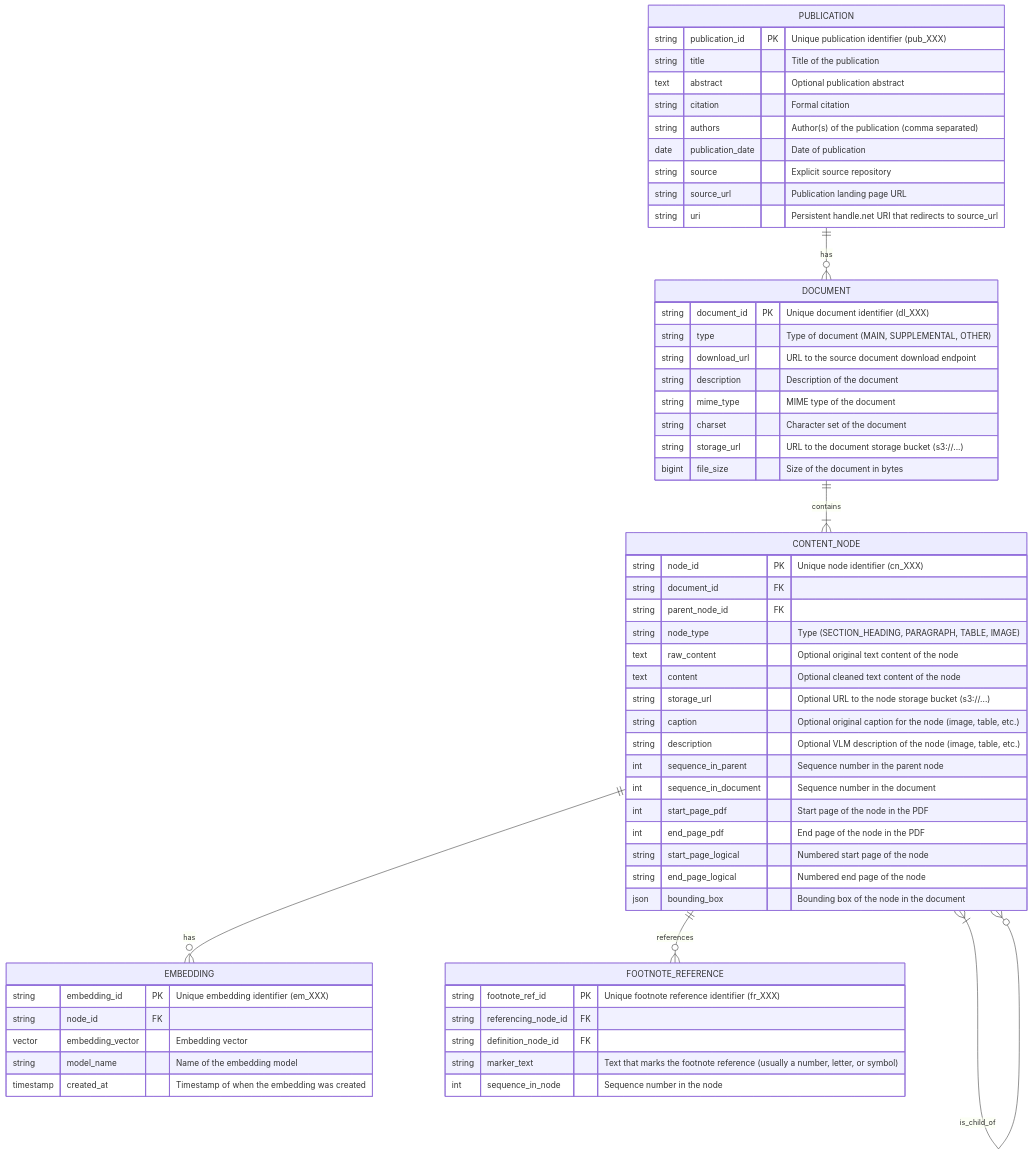
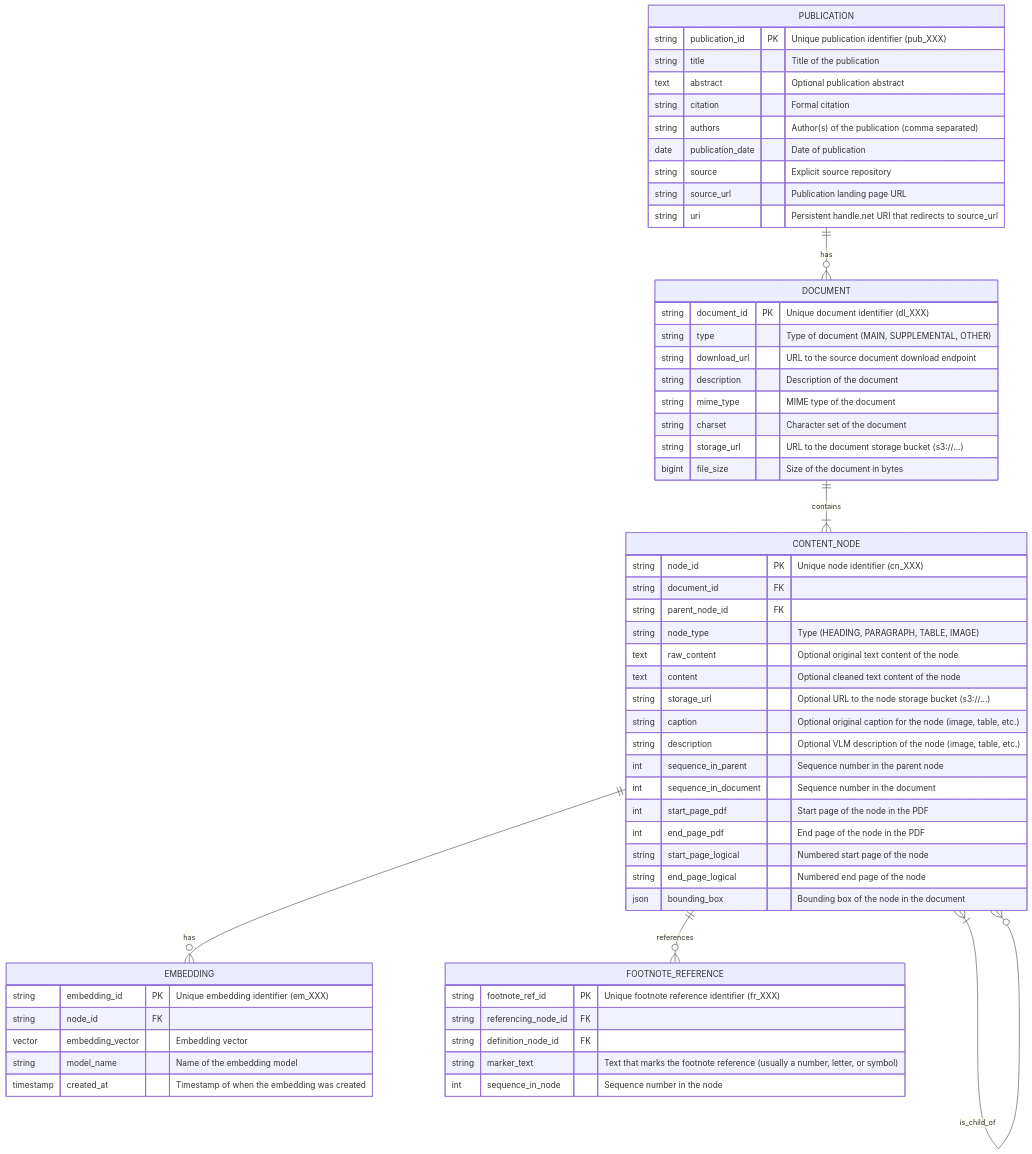
One commit to Teal-Insights/ccdr-extraction-workflow changed the diagram in extract/8_db_schema_design.md. Above: the diagram before and after it, drawn with Mermaid. The commit also changed 11 other files, not shown here.

````diff
--- a/extract/8_db_schema_design.md
+++ b/extract/8_db_schema_design.md
@@ -3,72 +3,72 @@
 ```mermaid
 erDiagram
     %% Relationship lines
     PUBLICATION ||--o{ DOCUMENT : has
     DOCUMENT ||--|{ CONTENT_NODE : contains
     CONTENT_NODE }|--o{ CONTENT_NODE : is_child_of
     CONTENT_NODE ||--o{ EMBEDDING : has
     CONTENT_NODE ||--o{ FOOTNOTE_REFERENCE : references
     
     %% Entity: PUBLICATION
     PUBLICATION {
         string publication_id PK "Unique publication identifier (pub_XXX)"
         string title "Title of the publication"
         text abstract "Optional publication abstract"
         string citation "Formal citation"
         string authors "Author(s) of the publication (comma separated)"
         date publication_date "Date of publication"
         string source "Explicit source repository"
         string source_url "Publication landing page URL"
         string uri "Persistent handle.net URI that redirects to source_url"
     }
 
     %% ENTITY: DOCUMENT
     DOCUMENT {
         string document_id PK "Unique document identifier (dl_XXX)"
         string type "Type of document (MAIN, SUPPLEMENTAL, OTHER)"
         string download_url "URL to the source document download endpoint"
         string description "Description of the document"
         string mime_type "MIME type of the document"
         string charset "Character set of the document"
         string storage_url "URL to the document storage bucket (s3://...)"
         bigint file_size "Size of the document in bytes"
     }
 
     %% ENTITY: CONTENT_NODE
     CONTENT_NODE {
         string node_id PK "Unique node identifier (cn_XXX)"
         string document_id FK
         string parent_node_id FK
-        string node_type "Type (SECTION_HEADING, PARAGRAPH, TABLE, IMAGE)"
+        string node_type "Type (HEADING, PARAGRAPH, TABLE, IMAGE)"
         text raw_content "Optional original text content of the node"
         text content "Optional cleaned text content of the node"
         string storage_url "Optional URL to the node storage bucket (s3://...)"
         string caption "Optional original caption for the node (image, table, etc.)"
         string description "Optional VLM description of the node (image, table, etc.)"
         int sequence_in_parent "Sequence number in the parent node"
         int sequence_in_document "Sequence number in the document"
         int start_page_pdf "Start page of the node in the PDF"
         int end_page_pdf "End page of the node in the PDF"
         string start_page_logical "Numbered start page of the node"
         string end_page_logical "Numbered end page of the node"
         json bounding_box "Bounding box of the node in the document"
     }
 
     %% ENTITY: EMBEDDING
     EMBEDDING {
         string embedding_id PK "Unique embedding identifier (em_XXX)"
         string node_id FK
         vector embedding_vector "Embedding vector"
         string model_name "Name of the embedding model"
         timestamp created_at "Timestamp of when the embedding was created"
     }
 
     %% ENTITY: FOOTNOTE_REFERENCE
     FOOTNOTE_REFERENCE {
         string footnote_ref_id PK "Unique footnote reference identifier (fr_XXX)"
         string referencing_node_id FK
         string definition_node_id FK
         string marker_text "Text that marks the footnote reference (usually a number, letter, or symbol)"
         int sequence_in_node "Sequence number in the node"
     }
 ```
````
